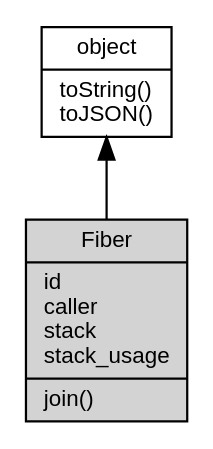
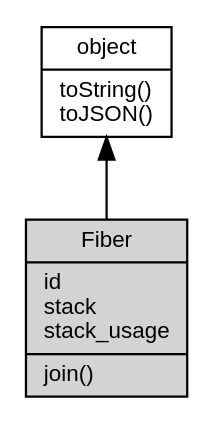
One commit to fibjs/fibjs.org changed the diagram in docs/manual/object/ifs/Fiber.md. Above: the diagram before and after it, drawn with Graphviz. The commit also changed other lines of this file and 148 other files, not shown here.

First line of the commit message:
feat: add ZlibCodec documentation and update object graph

````diff
--- a/docs/manual/object/ifs/Fiber.md
+++ b/docs/manual/object/ifs/Fiber.md
@@ -48,10 +48,10 @@
 ```dot
 digraph {
     node [fontname="Helvetica,sans-Serif", fontsize=10, shape="record", style="filled", fillcolor="white"];
 
     object [tooltip="object", URL="object.md", label="{object|toString()\ltoJSON()\l}"];
-    Fiber [tooltip="Fiber", fillcolor="lightgray", id="me", label="{Fiber|id\lcaller\lstack\lstack_usage\l|join()\l}"];
+    Fiber [tooltip="Fiber", fillcolor="lightgray", id="me", label="{Fiber|id\lstack\lstack_usage\l|join()\l}"];
 
     object -> Fiber [dir=back];
 }
 ```
````
